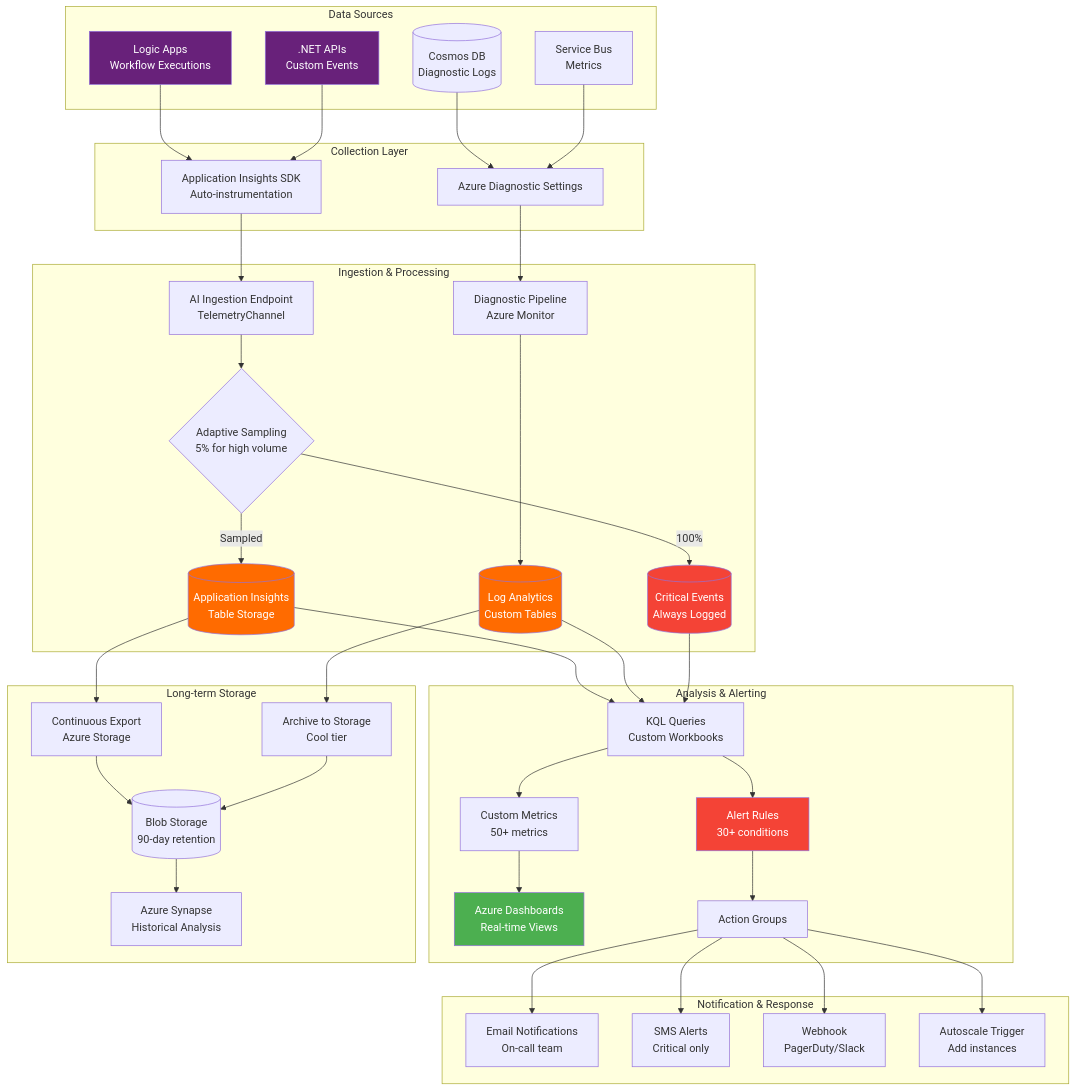
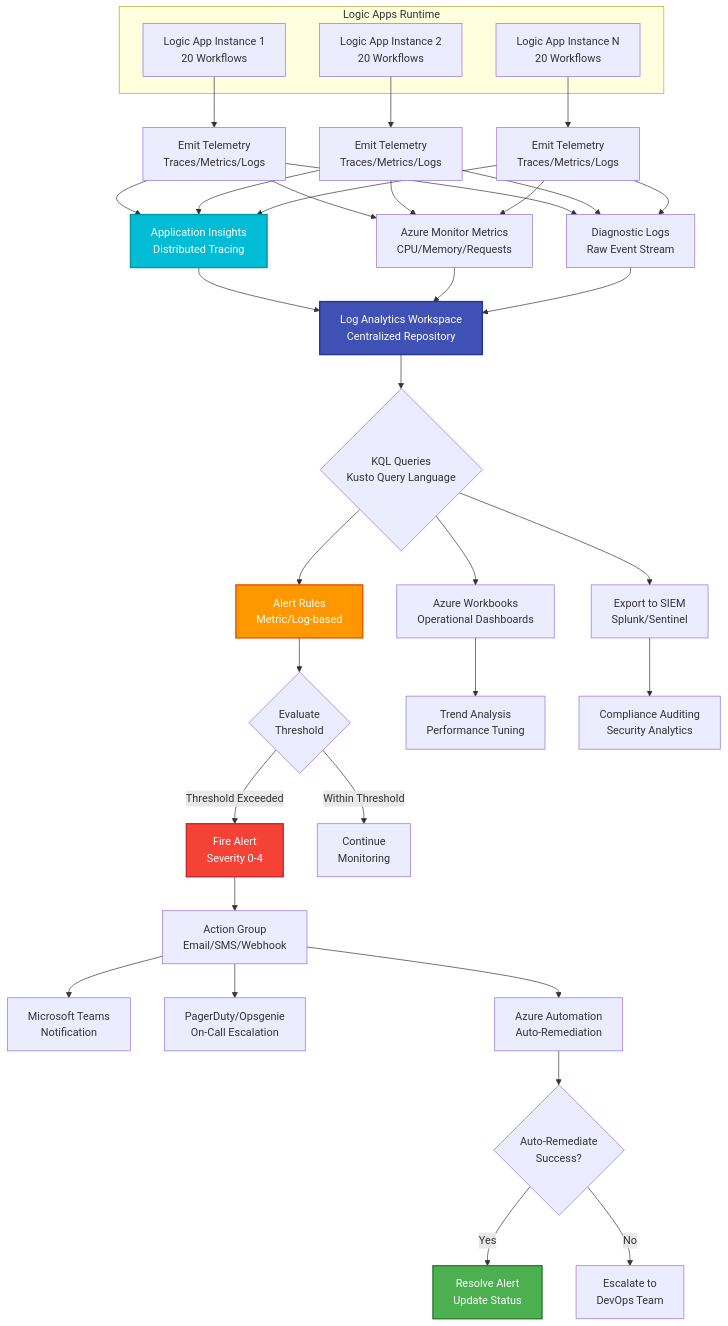
Before and after one commit to Evilazaro/Azure-LogicApps-Monitoring: the fourth of 4 diagrams in README.md, drawn with Mermaid. The commit also changed other lines of this file, not shown here.

Commit message:
Implement feature X to enhance user experience and optimize performance

````diff
--- a/README.md
+++ b/README.md
@@ -531,62 +534,59 @@
 ```mermaid
 flowchart TD
-    subgraph "Data Sources"
-        LA[Logic Apps<br/>Workflow Executions]
-        API[.NET APIs<br/>Custom Events]
-        COSMOS[(Cosmos DB<br/>Diagnostic Logs)]
-        SB[Service Bus<br/>Metrics]
+    subgraph "Logic Apps Runtime"
+        LA1[Logic App Instance 1<br/>20 Workflows]
+        LA2[Logic App Instance 2<br/>20 Workflows]
+        LAN[Logic App Instance N<br/>20 Workflows]
     end
-
-    subgraph "Collection Layer"
-        LA --> AI_SDK[Application Insights SDK<br/>Auto-instrumentation]
-        API --> AI_SDK
-        COSMOS --> DIAG[Azure Diagnostic Settings]
-        SB --> DIAG
-    end
-
-    subgraph "Ingestion & Processing"
-        AI_SDK --> AI_INGESTION[AI Ingestion Endpoint<br/>TelemetryChannel]
-        DIAG --> DIAG_PIPELINE[Diagnostic Pipeline<br/>Azure Monitor]
-        
-        AI_INGESTION --> SAMPLING{Adaptive Sampling<br/>5% for high volume}
-        SAMPLING -->|Sampled| AI_STORAGE[(Application Insights<br/>Table Storage)]
-        SAMPLING -->|100%| CRITICAL[(Critical Events<br/>Always Logged)]
-        
-        DIAG_PIPELINE --> LA_STORAGE[(Log Analytics<br/>Custom Tables)]
-    end
-
-    subgraph "Analysis & Alerting"
-        AI_STORAGE --> QUERY[KQL Queries<br/>Custom Workbooks]
-        LA_STORAGE --> QUERY
-        CRITICAL --> QUERY
-        
-        QUERY --> METRICS[Custom Metrics<br/>50+ metrics]
-        QUERY --> ALERTS[Alert Rules<br/>30+ conditions]
-        
-        METRICS --> DASHBOARD[Azure Dashboards<br/>Real-time Views]
-        ALERTS --> ACTION_GROUP[Action Groups]
-    end
-
-    subgraph "Notification & Response"
-        ACTION_GROUP --> EMAIL[Email Notifications<br/>On-call team]
-        ACTION_GROUP --> SMS[SMS Alerts<br/>Critical only]
-        ACTION_GROUP --> WEBHOOK[Webhook<br/>PagerDuty/Slack]
-        ACTION_GROUP --> AUTO_SCALE[Autoscale Trigger<br/>Add instances]
-    end
-
-    subgraph "Long-term Storage"
-        AI_STORAGE --> EXPORT[Continuous Export<br/>Azure Storage]
-        LA_STORAGE --> ARCHIVE[Archive to Storage<br/>Cool tier]
-        EXPORT --> BLOB[(Blob Storage<br/>90-day retention)]
-        ARCHIVE --> BLOB
-        BLOB --> SYNAPSE[Azure Synapse<br/>Historical Analysis]
-    end
-
-    style LA fill:#68217A,color:#fff
-    style API fill:#68217A,color:#fff
-    style AI_STORAGE fill:#FF6B00,color:#fff
-    style LA_STORAGE fill:#FF6B00,color:#fff
-    style CRITICAL fill:#F44336,color:#fff
-    style ALERTS fill:#F44336,color:#fff
-    style DASHBOARD fill:#4CAF50,color:#fff
+    
+    LA1 --> EMIT1[Emit Telemetry<br/>Traces/Metrics/Logs]
+    LA2 --> EMIT2[Emit Telemetry<br/>Traces/Metrics/Logs]
+    LAN --> EMITN[Emit Telemetry<br/>Traces/Metrics/Logs]
+    
+    EMIT1 --> INSIGHTS[Application Insights<br/>Distributed Tracing]
+    EMIT2 --> INSIGHTS
+    EMITN --> INSIGHTS
+    
+    EMIT1 --> METRICS[Azure Monitor Metrics<br/>CPU/Memory/Requests]
+    EMIT2 --> METRICS
+    EMITN --> METRICS
+    
+    EMIT1 --> LOGS_RAW[Diagnostic Logs<br/>Raw Event Stream]
+    EMIT2 --> LOGS_RAW
+    EMITN --> LOGS_RAW
+    
+    INSIGHTS --> LOGS[Log Analytics Workspace<br/>Centralized Repository]
+    METRICS --> LOGS
+    LOGS_RAW --> LOGS
+    
+    LOGS --> QUERY{KQL Queries<br/>Kusto Query Language}
+    
+    QUERY --> DASHBOARD[Azure Workbooks<br/>Operational Dashboards]
+    QUERY --> ALERT_RULES[Alert Rules<br/>Metric/Log-based]
+    QUERY --> EXPORT[Export to SIEM<br/>Splunk/Sentinel]
+    
+    ALERT_RULES --> EVAL{Evaluate<br/>Threshold}
+    
+    EVAL -->|Threshold Exceeded| FIRE_ALERT[Fire Alert<br/>Severity 0-4]
+    EVAL -->|Within Threshold| MONITOR_CONTINUE[Continue<br/>Monitoring]
+    
+    FIRE_ALERT --> ACTION_GROUP[Action Group<br/>Email/SMS/Webhook]
+    
+    ACTION_GROUP --> NOTIFY_TEAMS[Microsoft Teams<br/>Notification]
+    ACTION_GROUP --> NOTIFY_ONCALL[PagerDuty/Opsgenie<br/>On-Call Escalation]
+    ACTION_GROUP --> TRIGGER_RUNBOOK[Azure Automation<br/>Auto-Remediation]
+    
+    TRIGGER_RUNBOOK --> REMEDIATE{Auto-Remediate<br/>Success?}
+    
+    REMEDIATE -->|Yes| RESOLVE[Resolve Alert<br/>Update Status]
+    REMEDIATE -->|No| ESCALATE[Escalate to<br/>DevOps Team]
+    
+    DASHBOARD --> ANALYZE[Trend Analysis<br/>Performance Tuning]
+    EXPORT --> COMPLIANCE[Compliance Auditing<br/>Security Analytics]
+    
+    style INSIGHTS fill:#00bcd4,stroke:#0097a7,stroke-width:2px,color:#fff
+    style LOGS fill:#3f51b5,stroke:#283593,stroke-width:2px,color:#fff
+    style ALERT_RULES fill:#ff9800,stroke:#e65100,stroke-width:2px,color:#fff
+    style FIRE_ALERT fill:#f44336,stroke:#c62828,stroke-width:2px,color:#fff
+    style RESOLVE fill:#4caf50,stroke:#2e7d32,stroke-width:2px,color:#fff
 ```
````
